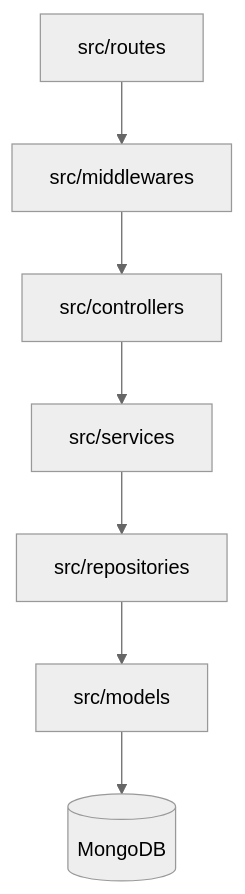
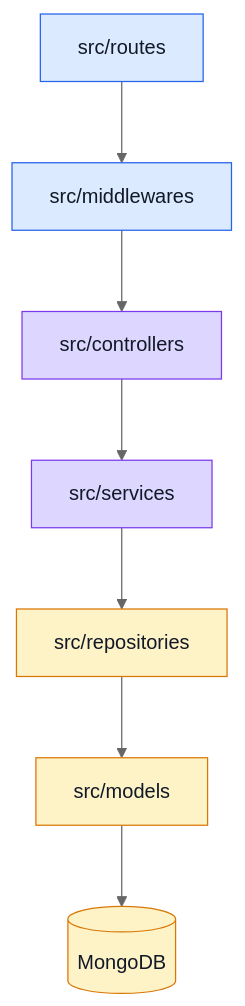
Before and after one commit to Guebbit/boilerplate-node-backend: the first of 2 diagrams in docs/theory/layers.md, drawn with Mermaid (neutral theme). The commit also changed other lines of this file and 16 other files, not shown here.

````diff
--- a/docs/theory/layers.md
+++ b/docs/theory/layers.md
@@ -8,9 +8,17 @@
 ```mermaid
+%%{init: {'flowchart': {'nodeSpacing': 45, 'rankSpacing': 65}}}%%
 flowchart TD
     A[src/routes] --> B[src/middlewares]
     B --> C[src/controllers]
     C --> D[src/services]
     D --> E[src/repositories]
     E --> F[src/models]
     F --> G[(MongoDB)]
+
+    classDef entry fill:#dbeafe,stroke:#2563eb,color:#111827;
+    classDef core fill:#ddd6fe,stroke:#7c3aed,color:#111827;
+    classDef data fill:#fef3c7,stroke:#d97706,color:#111827;
+    class A,B entry;
+    class C,D core;
+    class E,F,G data;
 ```
````
